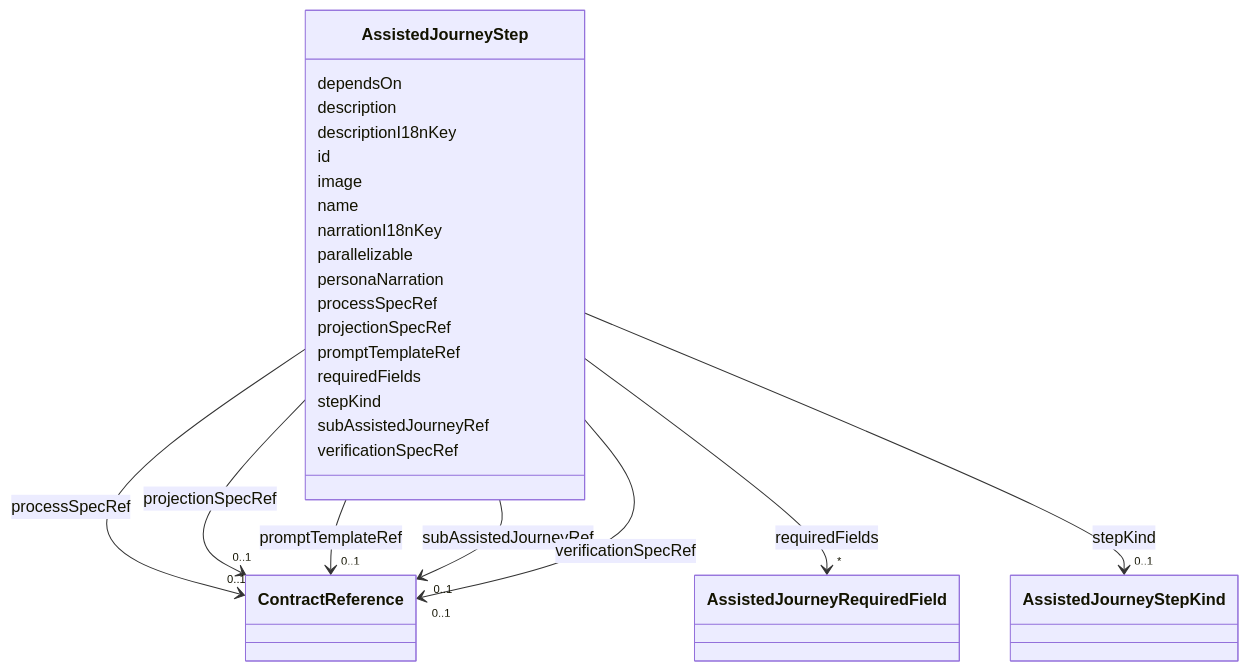
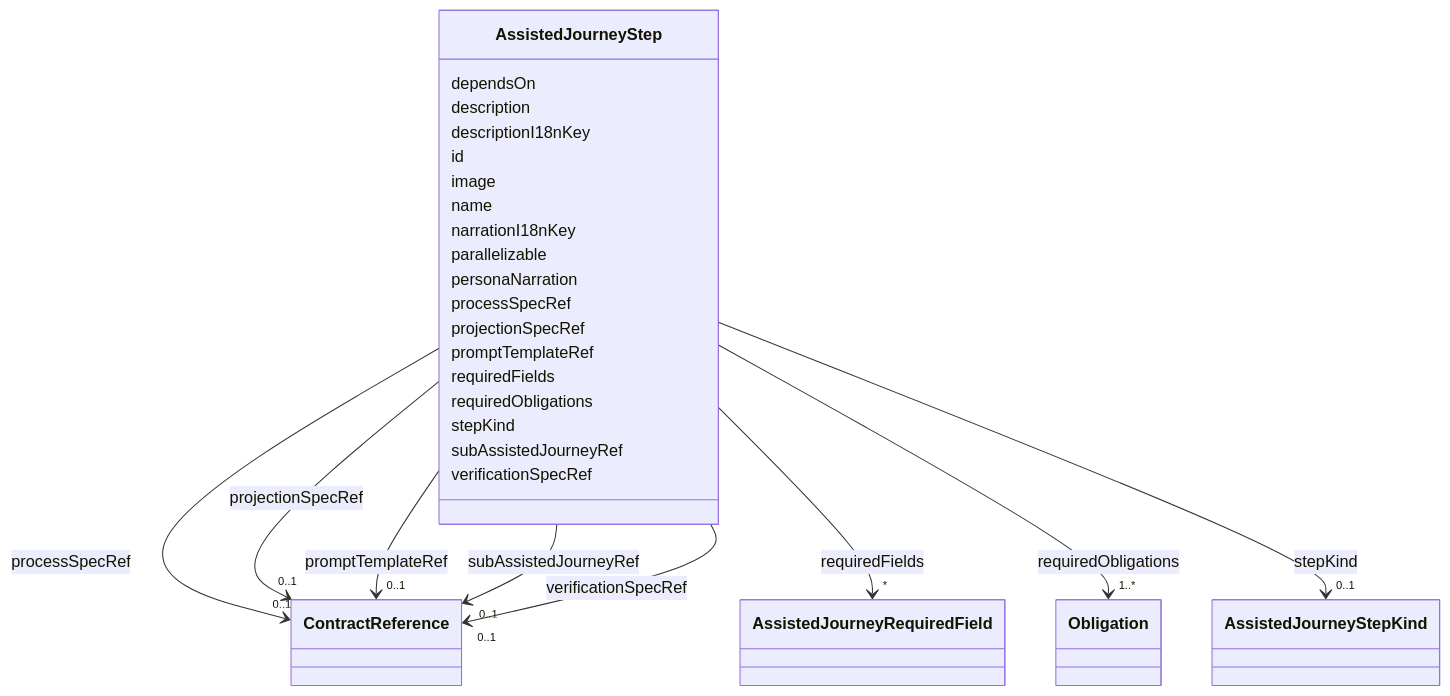
Before and after one commit to open4good/jumo-core: the diagram in metamodel/generated/docs/AssistedJourneyStep.md, drawn with Mermaid. The commit also changed other lines of this file and 51 other files, not shown here.

```diff
--- a/metamodel/generated/docs/AssistedJourneyStep.md
+++ b/metamodel/generated/docs/AssistedJourneyStep.md
@@ -86,6 +86,17 @@
 
 
 
+      AssistedJourneyStep : requiredObligations
+
+
+
+
+
+        AssistedJourneyStep --> "1..*" Obligation : requiredObligations
+        click Obligation href "../Obligation/"
+
+
+
       AssistedJourneyStep : stepKind
 
 
```
